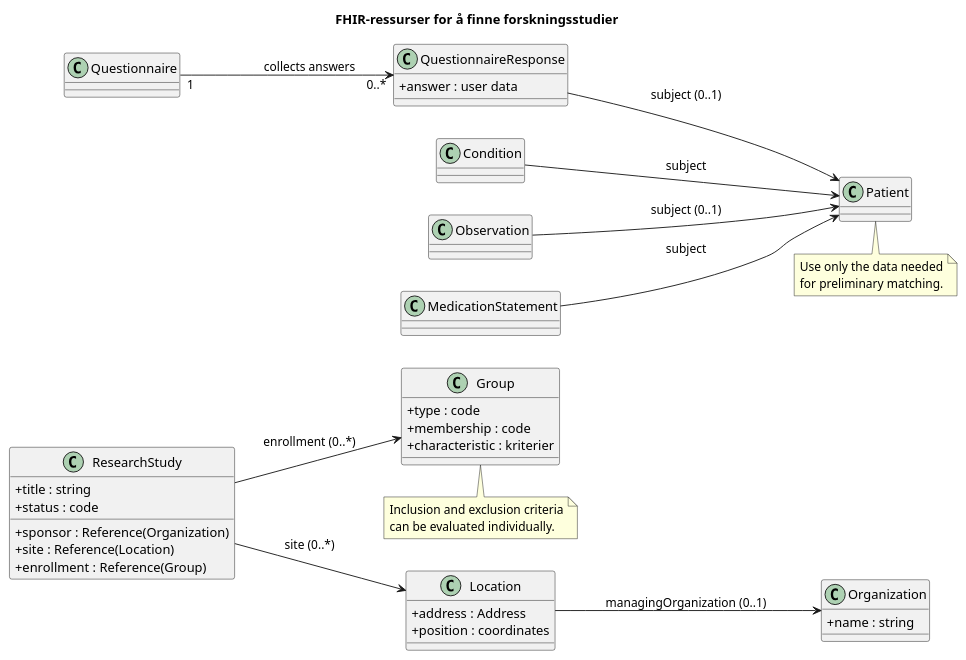
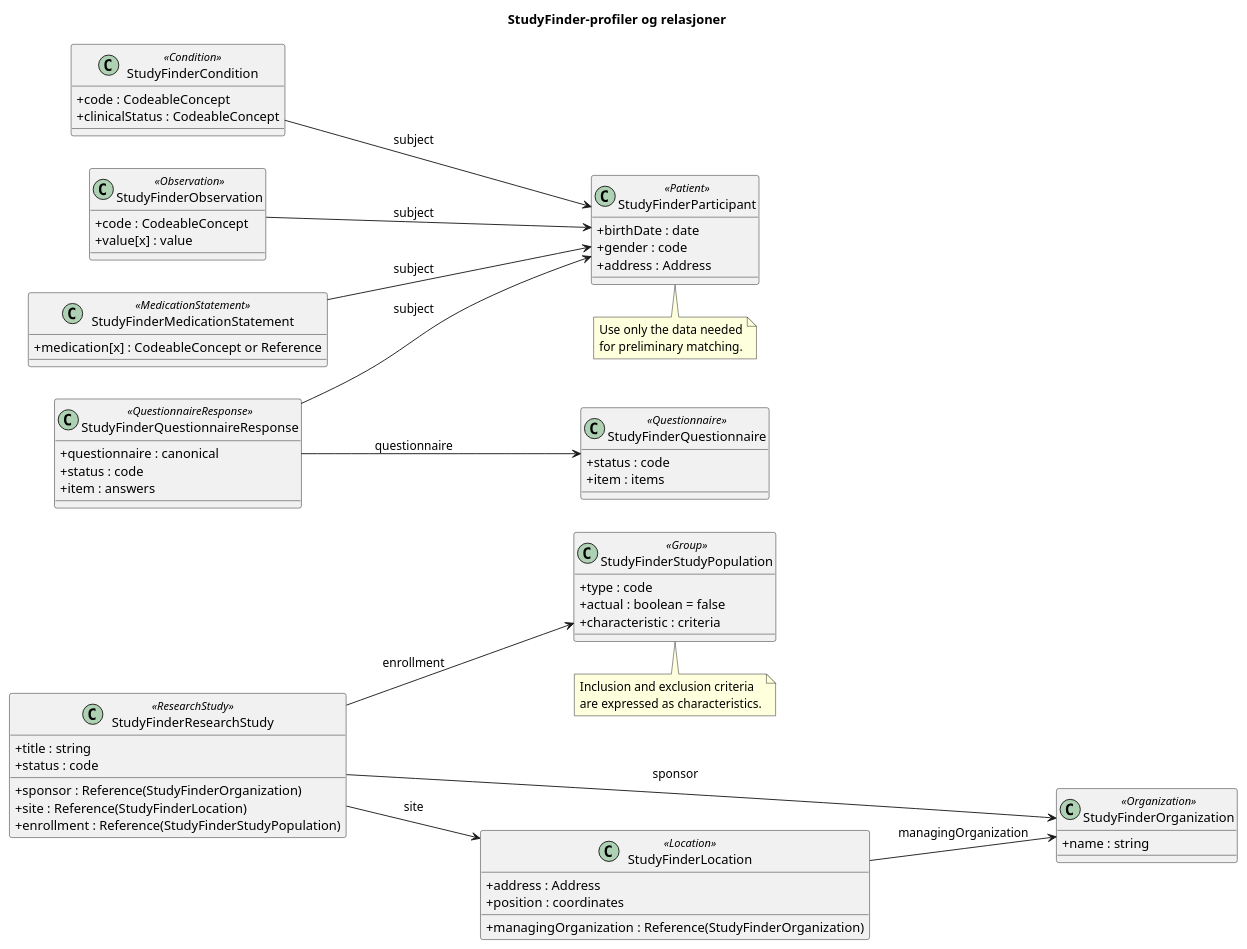
One commit to PaulRylandsholm/ig-mal changed the diagram in lab-ig/input/images/test.puml. Above: the diagram before and after it, drawn with PlantUML. The commit also changed 2 other files, not shown here.

Commit message:
Update StudyFinder profile diagram

```diff
--- a/lab-ig/input/images/test.puml
+++ b/lab-ig/input/images/test.puml
@@ -1,58 +1,81 @@
 @startuml
-title FHIR-ressurser for å finne forskningsstudier
+title StudyFinder-profiler og relasjoner
 left to right direction
 skinparam classAttributeIconSize 0
 skinparam shadowing false
 
-class ResearchStudy {
+class StudyFinderResearchStudy <<ResearchStudy>> {
     +title : string
     +status : code
-    +sponsor : Reference(Organization)
-    +site : Reference(Location)
-    +enrollment : Reference(Group)
+    +sponsor : Reference(StudyFinderOrganization)
+    +site : Reference(StudyFinderLocation)
+    +enrollment : Reference(StudyFinderStudyPopulation)
 }
 
-class Group {
+class StudyFinderStudyPopulation <<Group>> {
     +type : code
-    +membership : code
-    +characteristic : kriterier
+    +actual : boolean = false
+    +characteristic : criteria
 }
 
-class Organization {
+class StudyFinderOrganization <<Organization>> {
     +name : string
 }
 
-class Location {
+class StudyFinderLocation <<Location>> {
     +address : Address
     +position : coordinates
+    +managingOrganization : Reference(StudyFinderOrganization)
 }
 
-class Questionnaire
-class QuestionnaireResponse {
-    +answer : user data
+class StudyFinderParticipant <<Patient>> {
+    +birthDate : date
+    +gender : code
+    +address : Address
 }
 
-class Patient
-class Condition
-class Observation
-class MedicationStatement
+class StudyFinderCondition <<Condition>> {
+    +code : CodeableConcept
+    +clinicalStatus : CodeableConcept
+}
 
-ResearchStudy --> Location : site (0..*)
-ResearchStudy --> Group : enrollment (0..*)
-Location --> Organization : managingOrganization (0..1)
-Questionnaire "1" --> "0..*" QuestionnaireResponse : collects answers
-QuestionnaireResponse --> Patient : subject (0..1)
-Condition --> Patient : subject
-Observation --> Patient : subject (0..1)
-MedicationStatement --> Patient : subject
+class StudyFinderObservation <<Observation>> {
+    +code : CodeableConcept
+    +value[x] : value
+}
 
-note bottom of Group
+class StudyFinderMedicationStatement <<MedicationStatement>> {
+    +medication[x] : CodeableConcept or Reference
+}
+
+class StudyFinderQuestionnaire <<Questionnaire>> {
+    +status : code
+    +item : items
+}
+
+class StudyFinderQuestionnaireResponse <<QuestionnaireResponse>> {
+    +questionnaire : canonical
+    +status : code
+    +item : answers
+}
+
+StudyFinderResearchStudy --> StudyFinderOrganization : sponsor
+StudyFinderResearchStudy --> StudyFinderLocation : site
+StudyFinderResearchStudy --> StudyFinderStudyPopulation : enrollment
+StudyFinderLocation --> StudyFinderOrganization : managingOrganization
+StudyFinderQuestionnaireResponse --> StudyFinderQuestionnaire : questionnaire
+StudyFinderQuestionnaireResponse --> StudyFinderParticipant : subject
+StudyFinderCondition --> StudyFinderParticipant : subject
+StudyFinderObservation --> StudyFinderParticipant : subject
+StudyFinderMedicationStatement --> StudyFinderParticipant : subject
+
+note bottom of StudyFinderStudyPopulation
     Inclusion and exclusion criteria
-    can be evaluated individually.
+    are expressed as characteristics.
 end note
 
-note bottom of Patient
+note bottom of StudyFinderParticipant
     Use only the data needed
     for preliminary matching.
 end note
 @enduml
```
